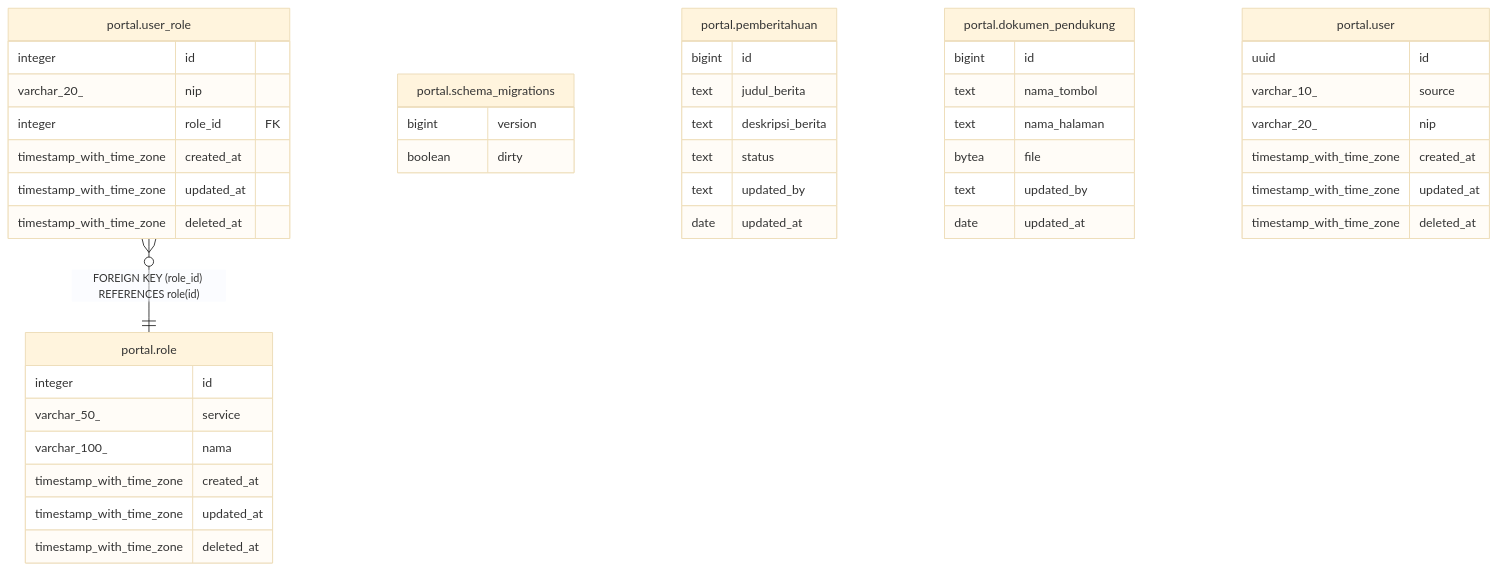
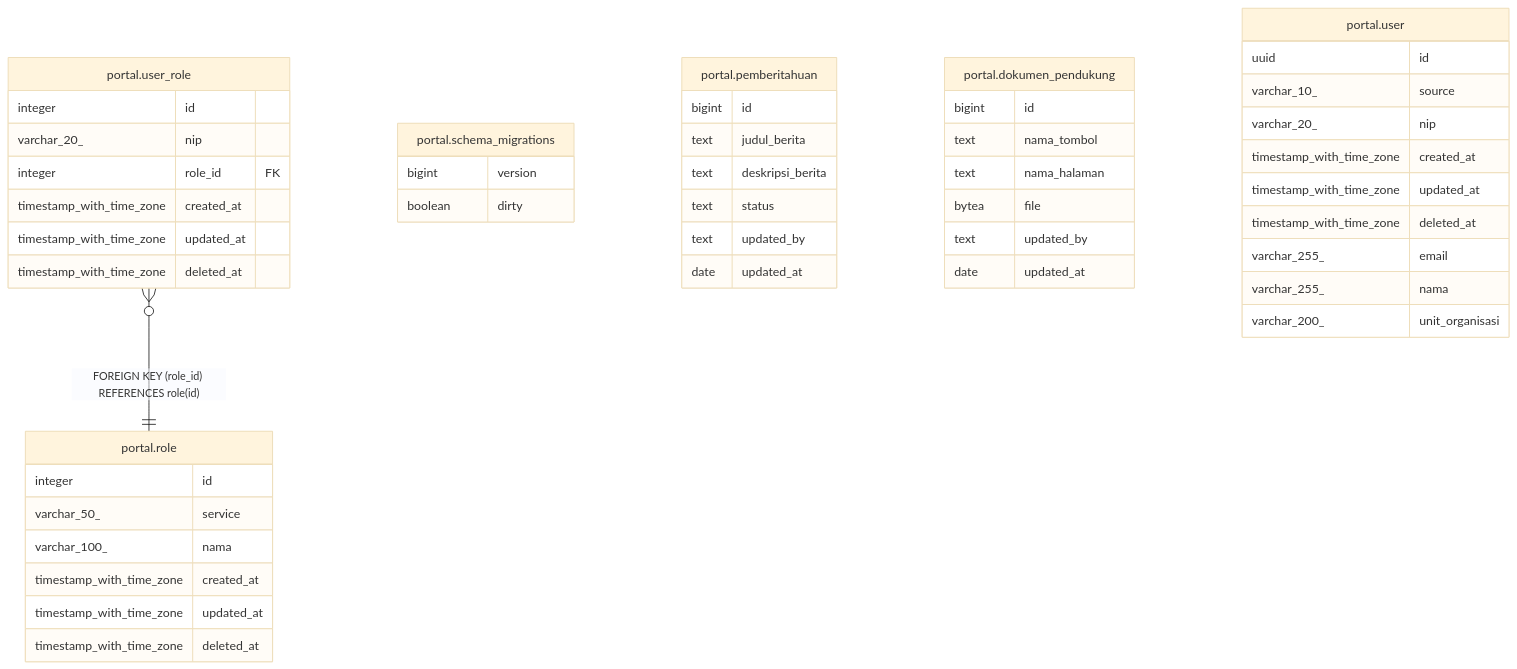
Before and after one commit to nandanugg/triforce.nvim: the diagram in services/portal/docs/db/README.md, drawn with Mermaid (base theme). The commit also changed other lines of this file and 6 other files, not shown here.

````diff
--- a/services/portal/docs/db/README.md
+++ b/services/portal/docs/db/README.md
@@ -16,50 +16,53 @@
 ```mermaid
 erDiagram
 
 "portal.user_role" }o--|| "portal.role" : "FOREIGN KEY (role_id) REFERENCES role(id)"
 
 "portal.schema_migrations" {
   bigint version
   boolean dirty
 }
 "portal.pemberitahuan" {
   bigint id
   text judul_berita
   text deskripsi_berita
   text status
   text updated_by
   date updated_at
 }
 "portal.dokumen_pendukung" {
   bigint id
   text nama_tombol
   text nama_halaman
   bytea file
   text updated_by
   date updated_at
 }
 "portal.user" {
   uuid id
   varchar_10_ source
   varchar_20_ nip
   timestamp_with_time_zone created_at
   timestamp_with_time_zone updated_at
   timestamp_with_time_zone deleted_at
+  varchar_255_ email
+  varchar_255_ nama
+  varchar_200_ unit_organisasi
 }
 "portal.role" {
   integer id
   varchar_50_ service
   varchar_100_ nama
   timestamp_with_time_zone created_at
   timestamp_with_time_zone updated_at
   timestamp_with_time_zone deleted_at
 }
 "portal.user_role" {
   integer id
   varchar_20_ nip
   integer role_id FK
   timestamp_with_time_zone created_at
   timestamp_with_time_zone updated_at
   timestamp_with_time_zone deleted_at
 }
 ```
````
